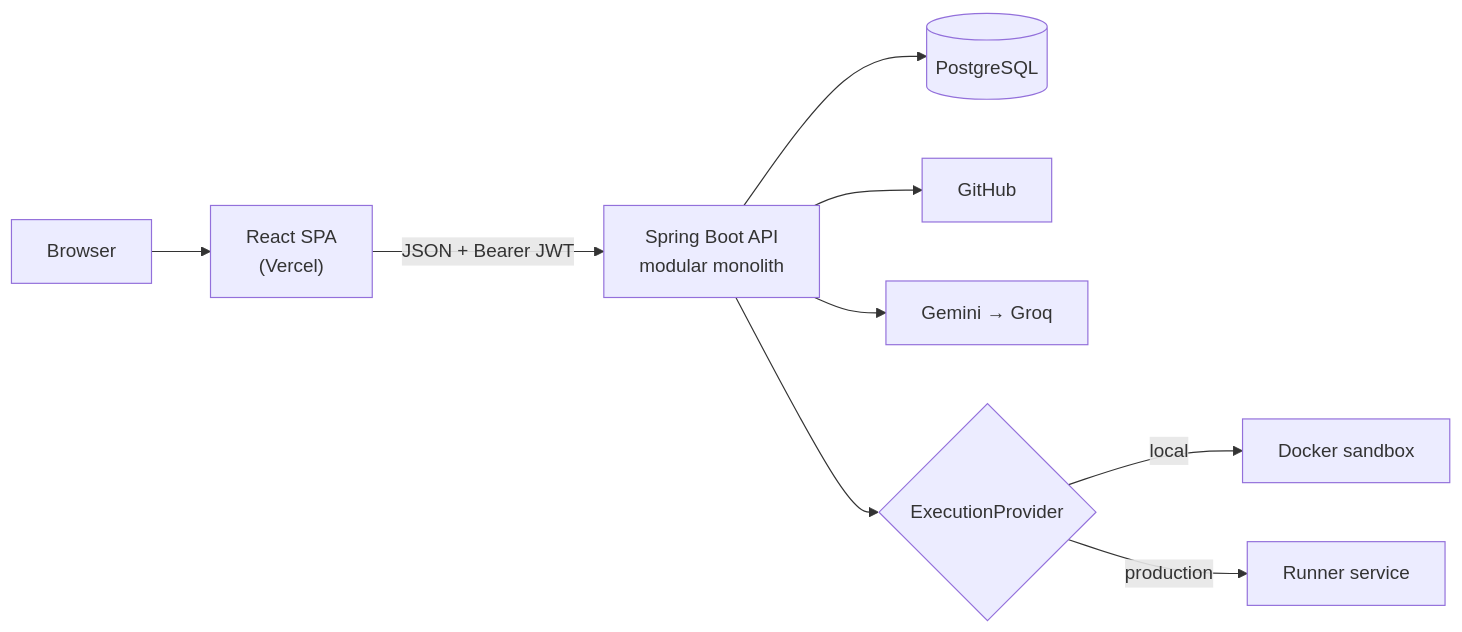
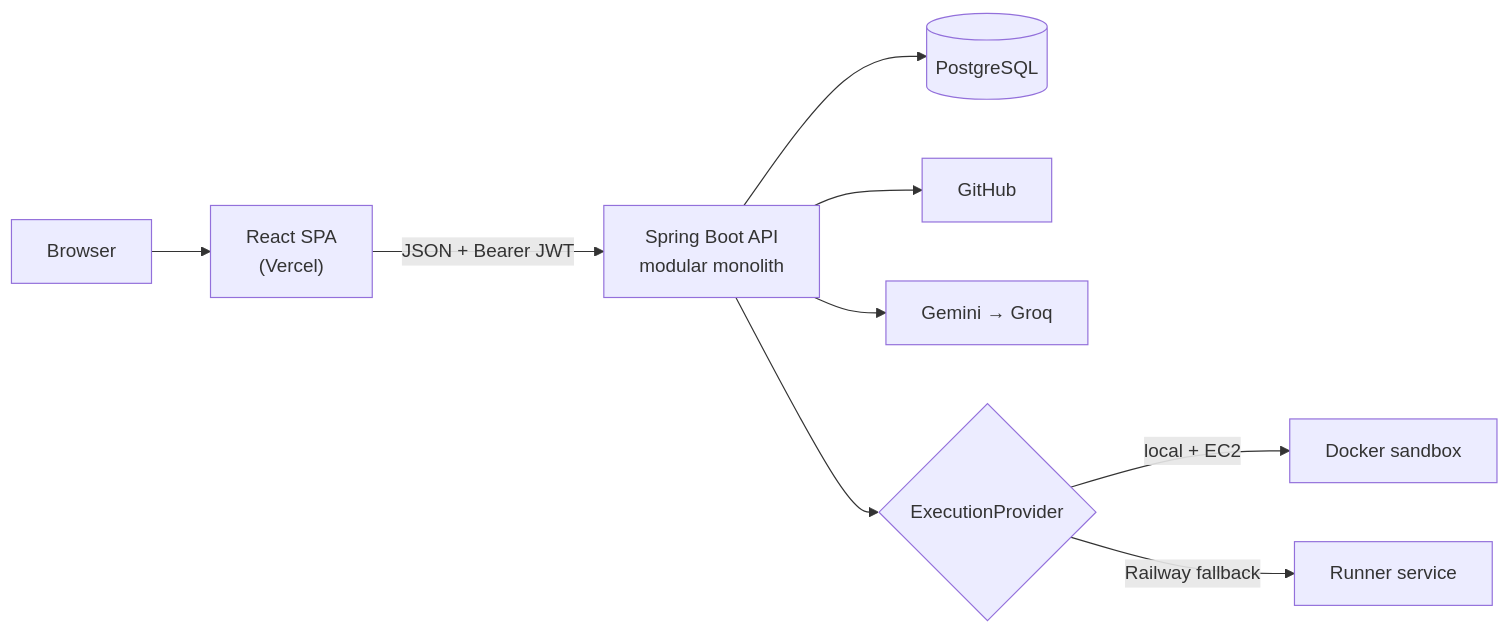
Before and after one commit to Amartya989870xxxx/Engiens: the diagram in README.md, drawn with Mermaid. The commit also changed other lines of this file and 2 other files, not shown here.

````diff
--- a/README.md
+++ b/README.md
@@ -258,11 +260,11 @@
 ```mermaid
 flowchart LR
     U["Browser"] --> FE["React SPA<br/>(Vercel)"]
     FE -- "JSON + Bearer JWT" --> BE["Spring Boot API<br/>modular monolith"]
     BE --> DB[("PostgreSQL")]
     BE --> GH["GitHub"]
     BE --> AI["Gemini → Groq"]
     BE --> EX{"ExecutionProvider"}
-    EX -- local --> DK["Docker sandbox"]
-    EX -- production --> RN["Runner service"]
+    EX -- "local + EC2" --> DK["Docker sandbox"]
+    EX -- "Railway fallback" --> RN["Runner service"]
 ```
````
